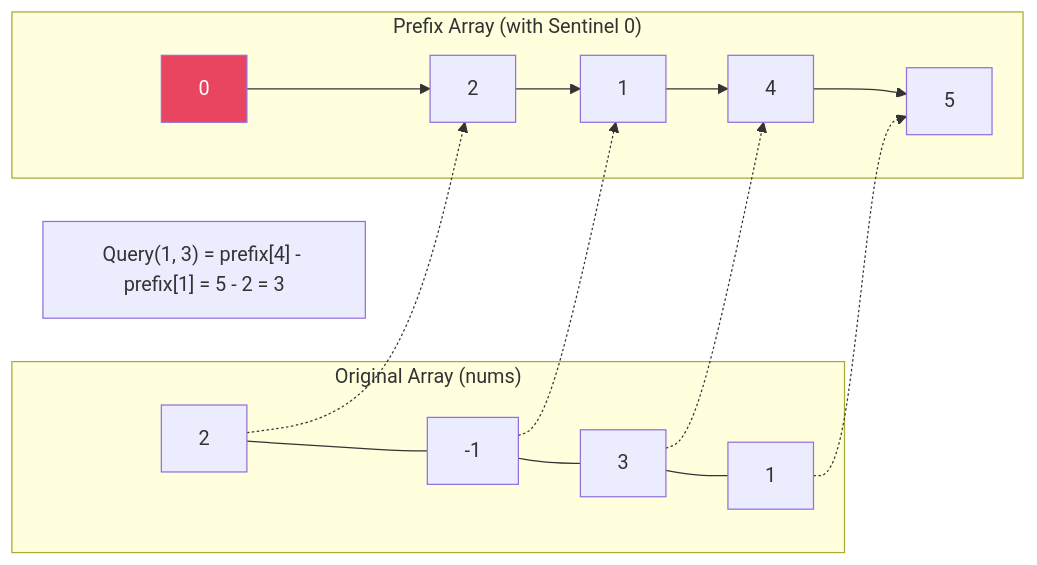
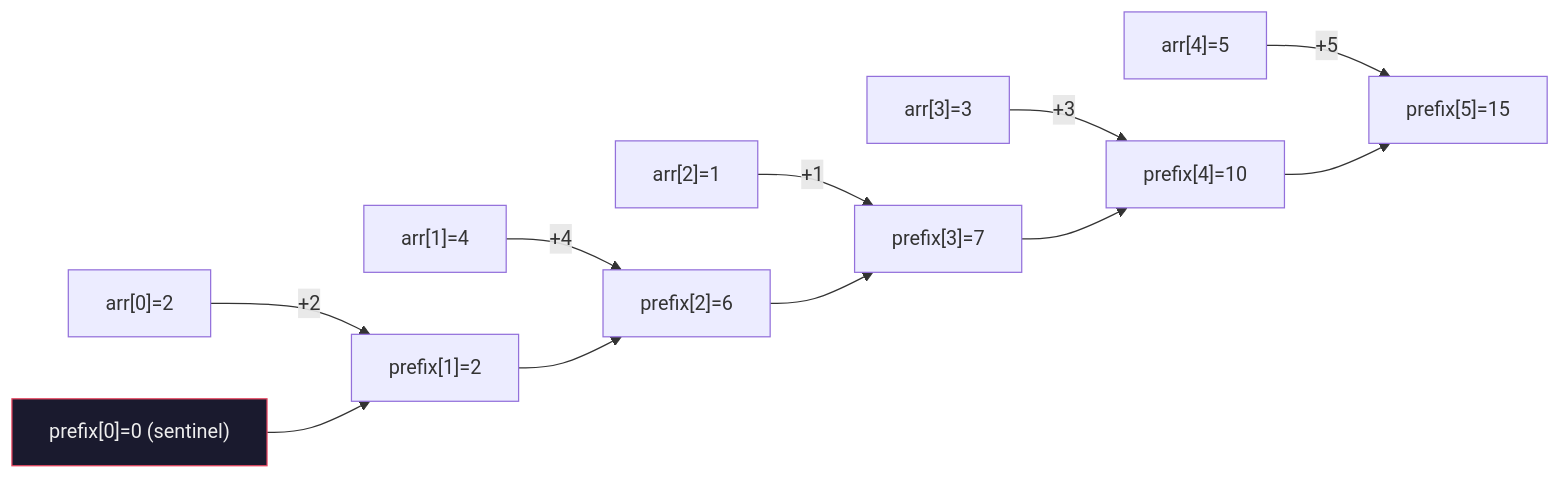
One commit to muhammad-khaled-tech/My-Study-Notes changed the first of 3 diagrams in problem solving/prefix_sum_tutorial.md. Above: the diagram before and after it, drawn with Mermaid. The commit also changed other lines of this file and 1 other file, not shown here.

````diff
--- a/problem solving/prefix_sum_tutorial.md
+++ b/problem solving/prefix_sum_tutorial.md
@@ -154,18 +473,16 @@
 ```mermaid
 graph LR
-    subgraph "Original Array (nums)"
-        N0["2"] --- N1["-1"] --- N2["3"] --- N3["1"]
-    end
-    
-    subgraph "Prefix Array (with Sentinel 0)"
-        P0["0"] --> P1["2"] --> P2["1"] --> P3["4"] --> P4["5"]
-        style P0 fill:#e94560,color:#fff
-    end
-    
-    N0 -.-> P1
-    N1 -.-> P2
-    N2 -.-> P3
-    N3 -.-> P4
-    
-    Note["Query(1, 3) = prefix[4] - prefix[1] = 5 - 2 = 3"]
+    A["arr[0]=2"] -->|"+2"| P1["prefix[1]=2"]
+    B["arr[1]=4"] -->|"+4"| P2["prefix[2]=6"]
+    C["arr[2]=1"] -->|"+1"| P3["prefix[3]=7"]
+    D["arr[3]=3"] -->|"+3"| P4["prefix[4]=10"]
+    E["arr[4]=5"] -->|"+5"| P5["prefix[5]=15"]
+
+    P0["prefix[0]=0 (sentinel)"] --> P1
+    P1 --> P2
+    P2 --> P3
+    P3 --> P4
+    P4 --> P5
+
+    style P0 fill:#1a1a2e,color:#eee,stroke:#e94560
 ```
````
